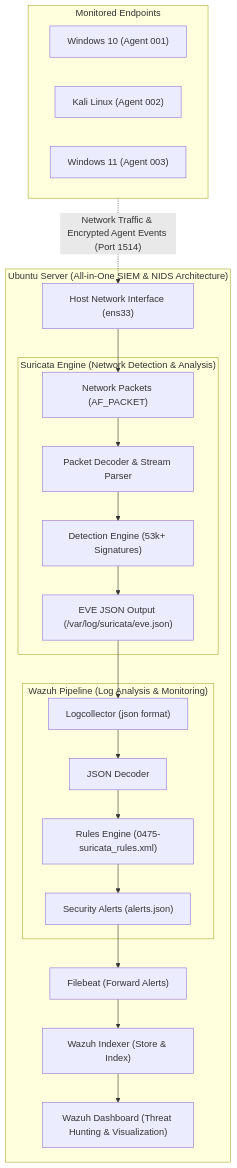
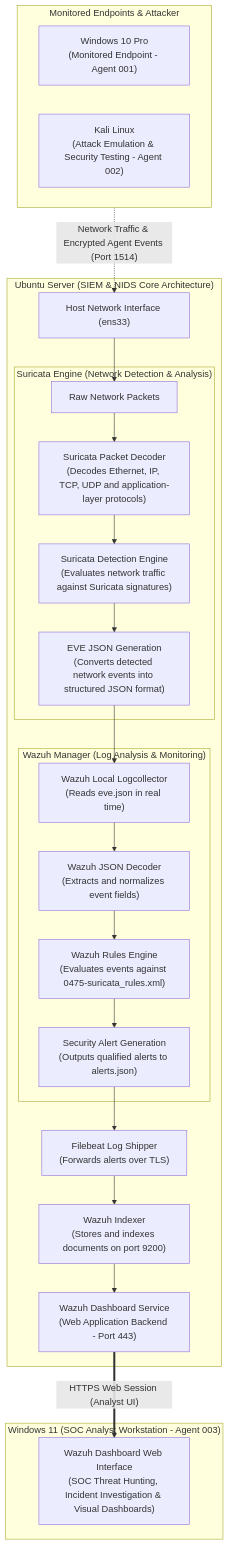
One commit to shii9/Wazuh_Suricata_IDS_Lab changed the diagram in README-Suricata-Wazuh-SOC-Lab.md. Above: the diagram before and after it, drawn with Mermaid. The commit also changed other lines of this file and 1 other file, not shown here.

Commit message:
docs: detail Suricata decoder pipeline and move Wazuh Dashboard to Windows 11 workstation

````diff
--- a/README-Suricata-Wazuh-SOC-Lab.md
+++ b/README-Suricata-Wazuh-SOC-Lab.md
@@ -61,36 +62,50 @@
 ```mermaid
 flowchart TB
-    subgraph MonitoredNetwork["Monitored Endpoints"]
-        W10["Windows 10 (Agent 001)"]
-        KALI["Kali Linux (Agent 002)"]
-        W11["Windows 11 (Agent 003)"]
+    subgraph MonitoredNetwork["Monitored Endpoints & Attacker"]
+        W10["Windows 10 Pro<br/>(Monitored Endpoint - Agent 001)"]
+        KALI["Kali Linux<br/>(Attack Emulation & Security Testing - Agent 002)"]
     end
 
-    subgraph UbuntuServer["Ubuntu Server (All-in-One SIEM & NIDS Architecture)"]
+    subgraph UbuntuServer["Ubuntu Server (SIEM & NIDS Core Architecture)"]
         NIC["Host Network Interface (ens33)"]
 
         subgraph SuricataPipeline["Suricata Engine (Network Detection & Analysis)"]
-            PKT["Network Packets (AF_PACKET)"] --> DEC["Packet Decoder & Stream Parser"]
-            DEC --> DET["Detection Engine (53k+ Signatures)"]
-            DET --> EVE["EVE JSON Output (/var/log/suricata/eve.json)"]
+            PKT["Raw Network Packets"]
+            DEC["Suricata Packet Decoder<br/>(Decodes Ethernet, IP, TCP, UDP and application-layer protocols)"]
+            DET["Suricata Detection Engine<br/>(Evaluates network traffic against Suricata signatures)"]
+            EVE["EVE JSON Generation<br/>(Converts detected network events into structured JSON format)"]
+
+            PKT --> DEC
+            DEC --> DET
+            DET --> EVE
         end
 
-        subgraph WazuhPipeline["Wazuh Pipeline (Log Analysis & Monitoring)"]
-            LCOL["Logcollector (json format)"] --> JDEC["JSON Decoder"]
-            JDEC --> RENG["Rules Engine (0475-suricata_rules.xml)"]
-            RENG --> ALERTS["Security Alerts (alerts.json)"]
+        subgraph WazuhPipeline["Wazuh Manager (Log Analysis & Monitoring)"]
+            LCOL["Wazuh Local Logcollector<br/>(Reads eve.json in real time)"]
+            JDEC["Wazuh JSON Decoder<br/>(Extracts and normalizes event fields)"]
+            RENG["Wazuh Rules Engine<br/>(Evaluates events against 0475-suricata_rules.xml)"]
+            ALERTS["Security Alert Generation<br/>(Outputs qualified alerts to alerts.json)"]
+
+            LCOL --> JDEC
+            JDEC --> RENG
+            RENG --> ALERTS
         end
 
-        FB["Filebeat (Forward Alerts)"]
-        IDX["Wazuh Indexer (Store & Index)"]
-        DASH["Wazuh Dashboard (Threat Hunting & Visualization)"]
+        FB["Filebeat Log Shipper<br/>(Forwards alerts over TLS)"]
+        IDX["Wazuh Indexer<br/>(Stores and indexes documents on port 9200)"]
+        DASH_SRV["Wazuh Dashboard Service<br/>(Web Application Backend - Port 443)"]
 
         NIC --> PKT
         EVE --> LCOL
         ALERTS --> FB
         FB --> IDX
-        IDX --> DASH
+        IDX --> DASH_SRV
+    end
+
+    subgraph Win11Host["Windows 11 (SOC Analyst Workstation - Agent 003)"]
+        DASH_UI["Wazuh Dashboard Web Interface<br/>(SOC Threat Hunting, Incident Investigation & Visual Dashboards)"]
     end
 
     MonitoredNetwork -. Network Traffic & Encrypted Agent Events (Port 1514) .-> NIC
+    DASH_SRV ==>|"HTTPS Web Session (Analyst UI)"| DASH_UI
 ```
````
